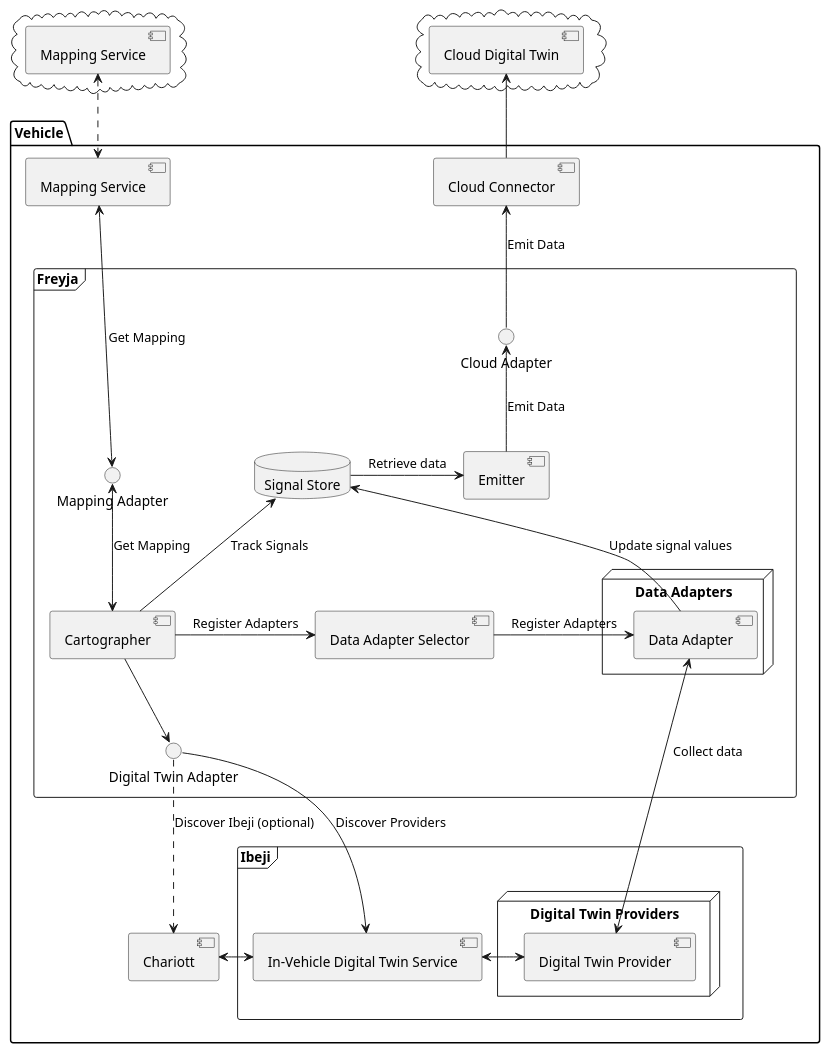
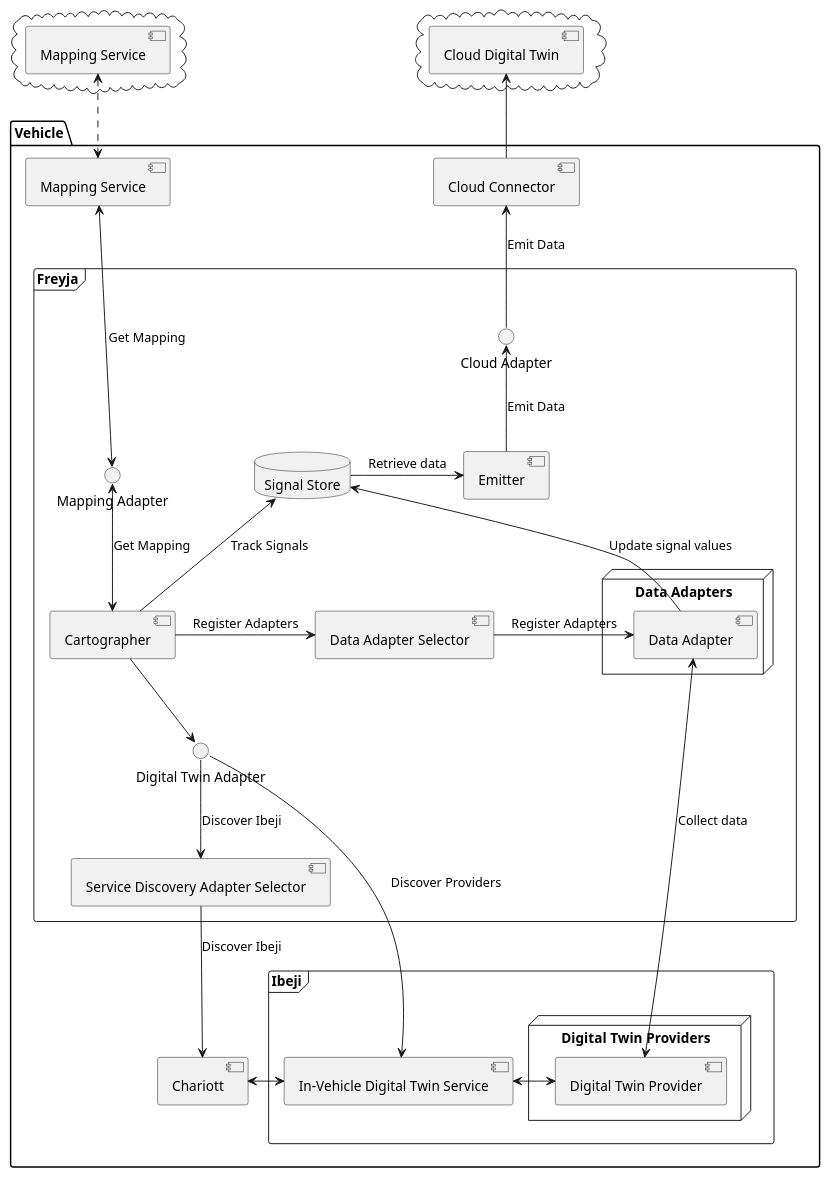
One commit to eclipse-ibeji/freyja changed the diagram in docs/design/diagrams/freyja_components.puml. Above: the diagram before and after it, drawn with PlantUML. The commit also changed 45 other files, not shown here.

First line of the commit message:
Service Discovery Adapters (#131)

```diff
--- a/docs/design/diagrams/freyja_components.puml
+++ b/docs/design/diagrams/freyja_components.puml
@@ -1,56 +1,58 @@
 @startuml
 
 cloud {
     [Mapping Service] as cloudMappingSvc
 }
 
 cloud {
     [Cloud Digital Twin]
 }
 
 package "Vehicle" {
     frame "Freyja" {
         [Cartographer]
         interface "Digital Twin Adapter"
         interface "Mapping Adapter"
         [Emitter]
         interface "Cloud Adapter"
         database "Signal Store"
         [Data Adapter Selector]
         node "Data Adapters" {
             [Data Adapter] as data_adapter
         }
+        [Service Discovery Adapter Selector]
     }
 
     [Chariott]
 
     frame "Ibeji" {
         [In-Vehicle Digital Twin Service] as ivdts
         node "Digital Twin Providers" {
             [Digital Twin Provider] as provider
         }
     }
 
     [Cloud Connector]
     [Mapping Service] as ivMappingSvc
 }
 
 [Emitter] -u-> [Cloud Adapter] : Emit Data
 [Cloud Adapter] -u-> [Cloud Connector] : Emit Data
 [Cartographer] <-u-> [Mapping Adapter] : Get Mapping
 [Mapping Adapter] <-[norank]-> [ivMappingSvc] : Get Mapping
 [ivMappingSvc] <.u.> [cloudMappingSvc]
 [Cloud Connector] -u-> [Cloud Digital Twin]
 [Cartographer] -d-> [Digital Twin Adapter]
-[Digital Twin Adapter] .d.> [Chariott] : Discover Ibeji (optional)
+[Digital Twin Adapter] -d-> [Service Discovery Adapter Selector] : Discover Ibeji
+[Service Discovery Adapter Selector] -d-> [Chariott] : Discover Ibeji
 [Digital Twin Adapter] -d-> [ivdts] : Discover Providers
 [Cartographer] -u-> [Signal Store] : Track Signals
 [Cartographer] -r-> [Data Adapter Selector] : Register Adapters
 [Data Adapter Selector] -r-> [data_adapter] : Register Adapters
 [data_adapter] <-d-> [provider] : Collect data
 [data_adapter] -u-> [Signal Store] : Update signal values
 [Emitter] <-l- [Signal Store] : Retrieve data
 [Chariott] <-r-> [ivdts]
 [ivdts] <-r-> [provider]
 
 @enduml
```
